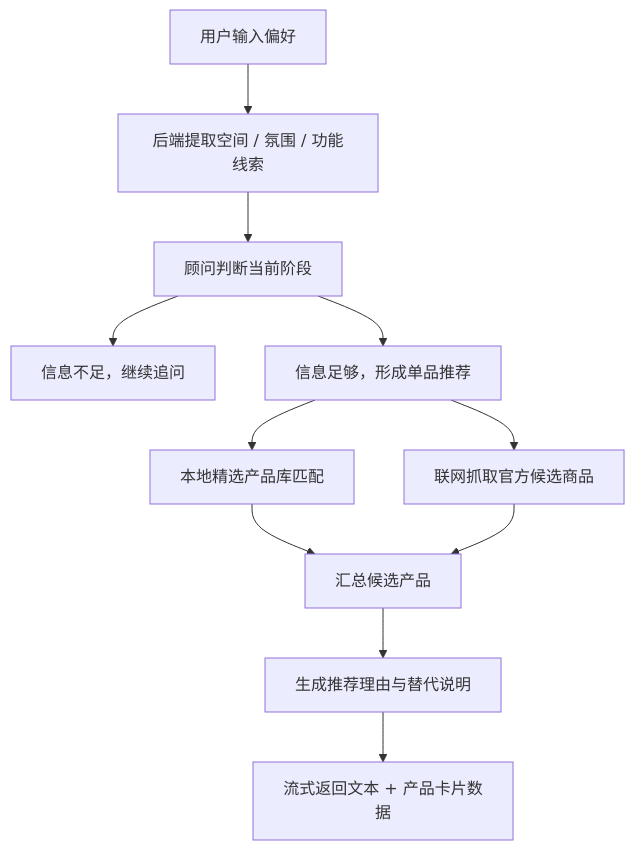
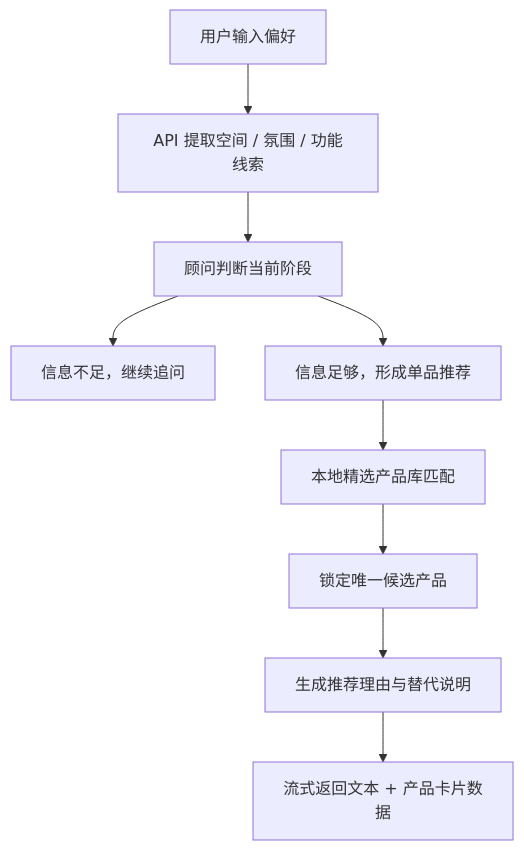
Before and after one commit to abobb414/Retail-AI-Agent: the third of 3 diagrams in README.md, drawn with Mermaid. The commit also changed other lines of this file and 24 other files, not shown here.

````diff
--- a/README.md
+++ b/README.md
@@ -220,13 +218,11 @@
 ```mermaid
 flowchart TD
-    A["用户输入偏好"] --> B["后端提取空间 / 氛围 / 功能线索"]
+    A["用户输入偏好"] --> B["API 提取空间 / 氛围 / 功能线索"]
     B --> C["顾问判断当前阶段"]
     C --> D["信息不足，继续追问"]
     C --> E["信息足够，形成单品推荐"]
     E --> F["本地精选产品库匹配"]
-    E --> G["联网抓取官方候选商品"]
-    F --> H["汇总候选产品"]
-    G --> H
+    F --> H["锁定唯一候选产品"]
     H --> I["生成推荐理由与替代说明"]
     I --> J["流式返回文本 + 产品卡片数据"]
 ```
````
